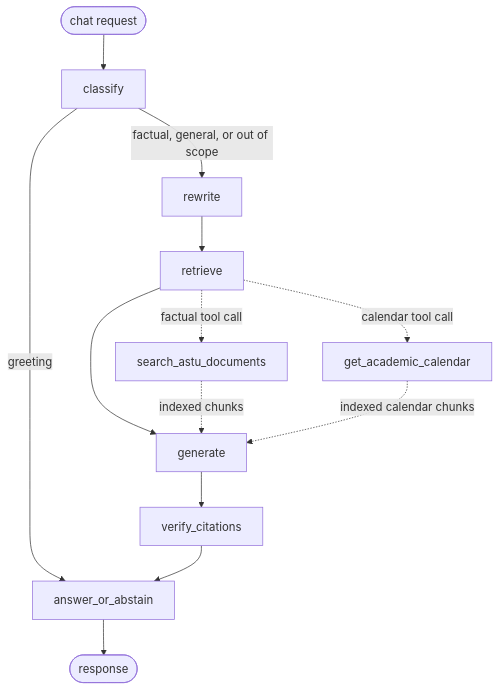
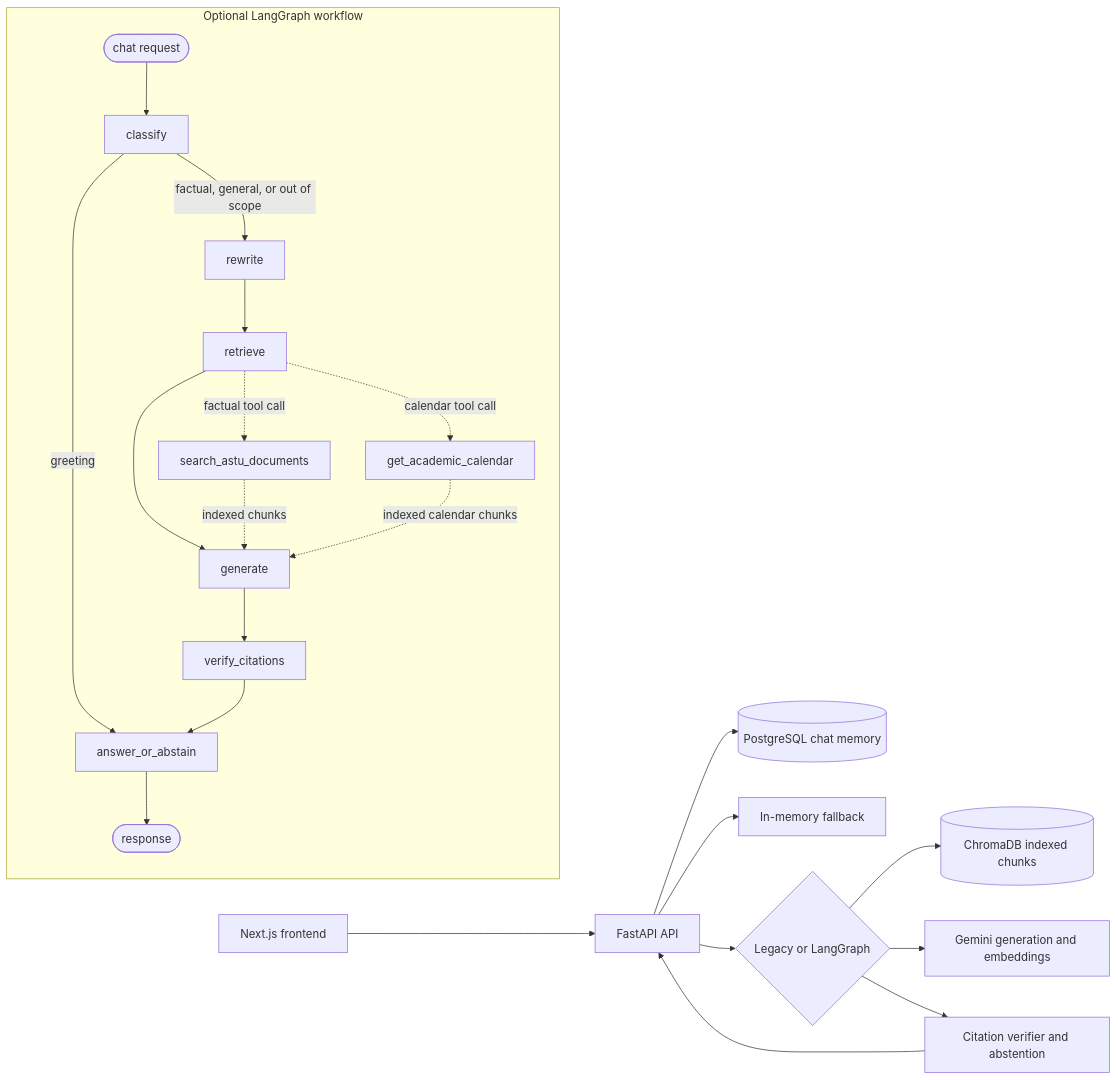
One commit to yumna08/CSEC-Summer changed the diagram in docs/architecture.md. Above: the diagram before and after it, drawn with Mermaid. The commit also changed other lines of this file and 2 other files, not shown here.

Commit message:
docs: document deployment and project progress

````diff
--- a/docs/architecture.md
+++ b/docs/architecture.md
@@ -8,15 +9,26 @@
 ```mermaid
-flowchart TD
-    START([chat request]) --> classify
-    classify -->|greeting| answer_or_abstain
-    classify -->|factual, general, or out of scope| rewrite
-    rewrite --> retrieve
-    retrieve --> generate
-    generate --> verify_citations
-    verify_citations --> answer_or_abstain
-    answer_or_abstain --> END([response])
-    retrieve -. factual tool call .-> search_astu_documents
-    retrieve -. calendar tool call .-> get_academic_calendar
-    search_astu_documents -. indexed chunks .-> generate
-    get_academic_calendar -. indexed calendar chunks .-> generate
+flowchart LR
+    Browser[Next.js frontend] --> API[FastAPI API]
+    API --> Memory[(PostgreSQL chat memory)]
+    API --> Fallback[In-memory fallback]
+    API --> Pipeline{Legacy or LangGraph}
+    Pipeline --> Chroma[(ChromaDB indexed chunks)]
+    Pipeline --> Gemini[Gemini generation and embeddings]
+    Pipeline --> Verify[Citation verifier and abstention]
+    Verify --> API
+
+    subgraph Graph[Optional LangGraph workflow]
+        START([chat request]) --> classify
+        classify -->|greeting| answer_or_abstain
+        classify -->|factual, general, or out of scope| rewrite
+        rewrite --> retrieve
+        retrieve --> generate
+        generate --> verify_citations
+        verify_citations --> answer_or_abstain
+        answer_or_abstain --> END([response])
+        retrieve -. factual tool call .-> search_astu_documents
+        retrieve -. calendar tool call .-> get_academic_calendar
+        search_astu_documents -. indexed chunks .-> generate
+        get_academic_calendar -. indexed calendar chunks .-> generate
+    end
 ```
````
